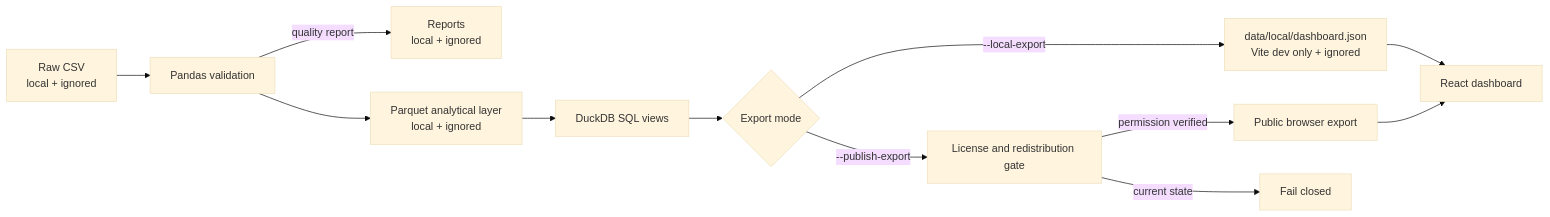
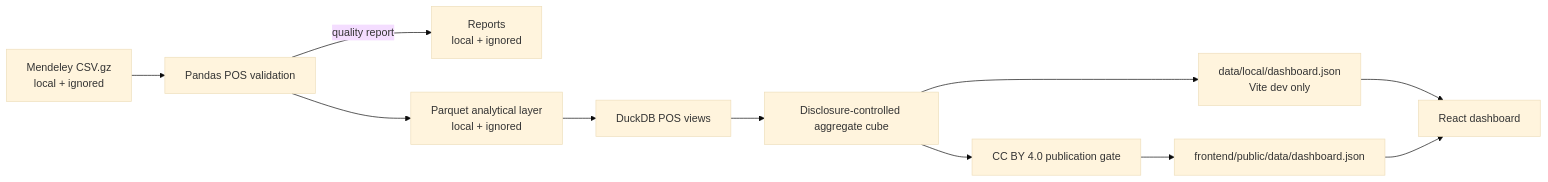
The diagram in README.md (ayilaaldir/retail-BI-analytics), drawn with Mermaid (base theme) before and after one commit. The commit also changed other lines of this file and 24 other files, not shown here.

Commit message:
feat: migrate dashboard to synthetic POS data

````diff
--- a/README.md
+++ b/README.md
@@ -30,14 +29,13 @@
 ```mermaid
 flowchart LR
-    A[Raw CSV\nlocal + ignored] --> B[Pandas validation]
+    A[Mendeley CSV.gz\nlocal + ignored] --> B[Pandas POS validation]
     B -->|quality report| C[Reports\nlocal + ignored]
     B --> D[Parquet analytical layer\nlocal + ignored]
-    D --> E[DuckDB SQL views]
-    E --> F{Export mode}
-    F -->|--local-export| G[data/local/dashboard.json\nVite dev only + ignored]
-    F -->|--publish-export| H[License and redistribution gate]
-    H -->|permission verified| I[Public browser export]
-    H -->|current state| J[Fail closed]
-    G --> K[React dashboard]
-    I --> K
+    D --> E[DuckDB POS views]
+    E --> F[Disclosure-controlled aggregate cube]
+    F --> G[data/local/dashboard.json\nVite dev only]
+    F --> H[CC BY 4.0 publication gate]
+    H --> I[frontend/public/data/dashboard.json]
+    G --> J[React dashboard]
+    I --> J
 ```
````
